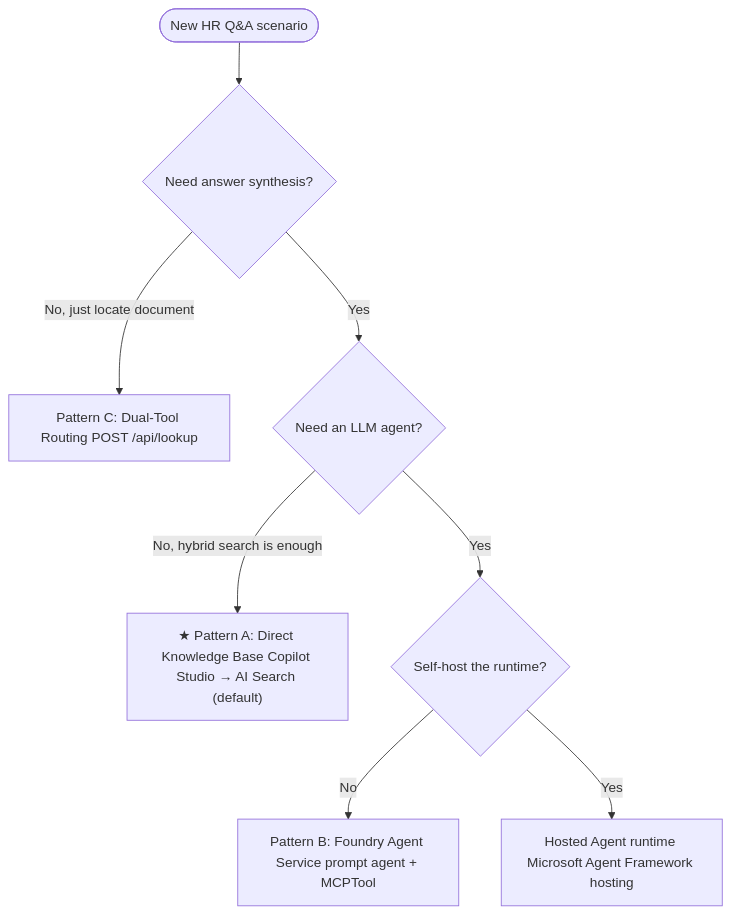
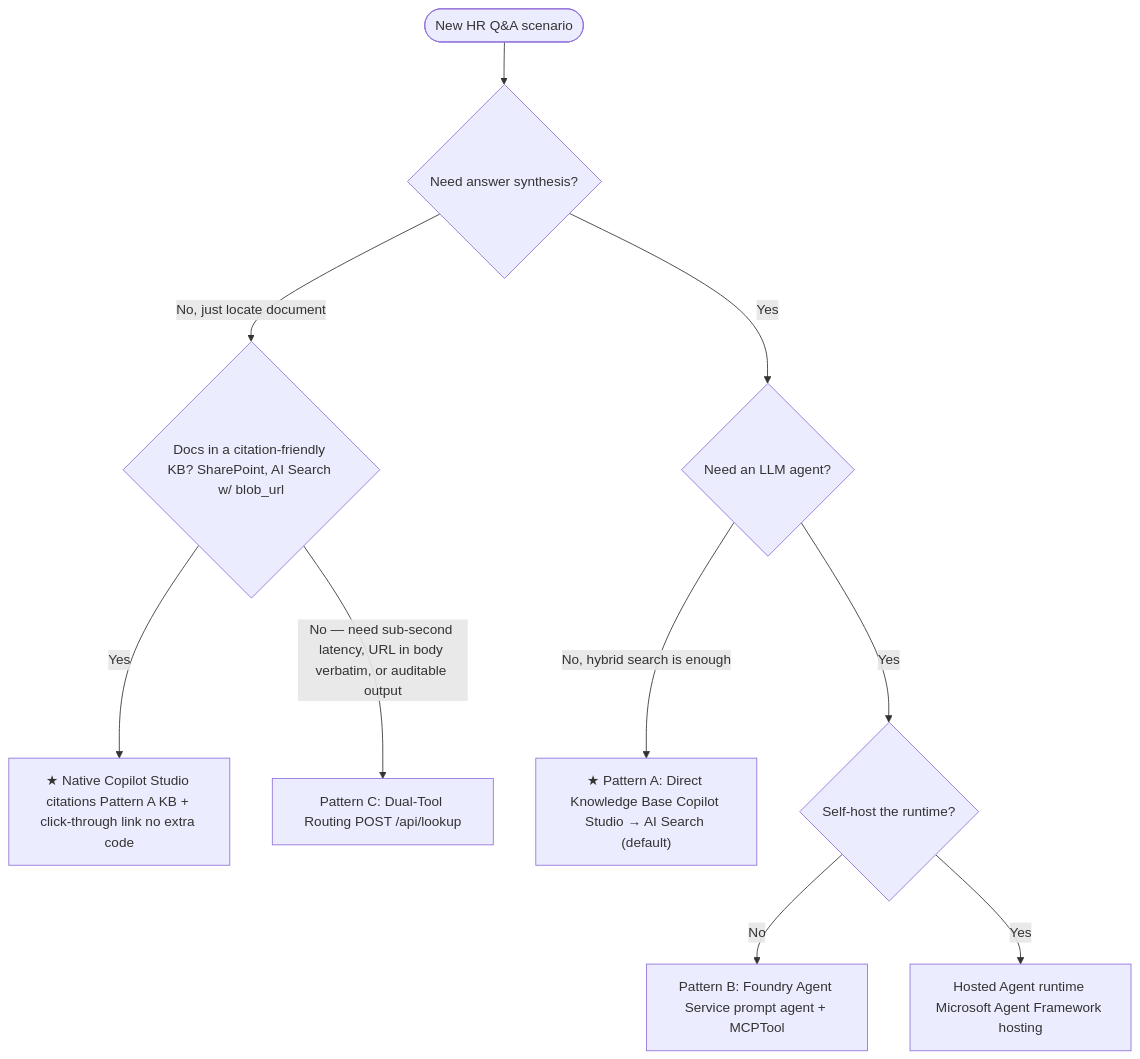
Before and after one commit to honestypugh2/foundry-copilot-hr-policy-knowledge: the diagram in README.md, drawn with Mermaid. The commit also changed other lines of this file and 23 other files, not shown here.

````diff
--- a/README.md
+++ b/README.md
@@ -11,10 +27,12 @@
 ```mermaid
 flowchart TD
     Start([New HR Q&A scenario]) --> Q1{Need answer synthesis?}
-    Q1 -- "No, just locate document" --> C[Pattern C: Dual-Tool Routing POST /api/lookup]
+    Q1 -- No, just locate document --> QL{Docs in a citation-friendly KB? SharePoint, AI Search w/ blob_url}
+    QL -- Yes --> Native["★ Native Copilot Studio citations Pattern A KB + click-through link no extra code"]
+    QL -- "No — need sub-second latency, URL in body verbatim, or auditable output" --> C[Pattern C: Dual-Tool Routing POST /api/lookup]
     Q1 -- Yes --> Q2{Need an LLM agent?}
     Q2 -- "No, hybrid search is enough" --> A["★ Pattern A: Direct Knowledge Base Copilot Studio → AI Search (default)"]
     Q2 -- Yes --> Q3{Self-host the runtime?}
     Q3 -- No --> B[Pattern B: Foundry Agent Service prompt agent + MCPTool]
     Q3 -- Yes --> H[Hosted Agent runtime Microsoft Agent Framework hosting]
 ```
````
